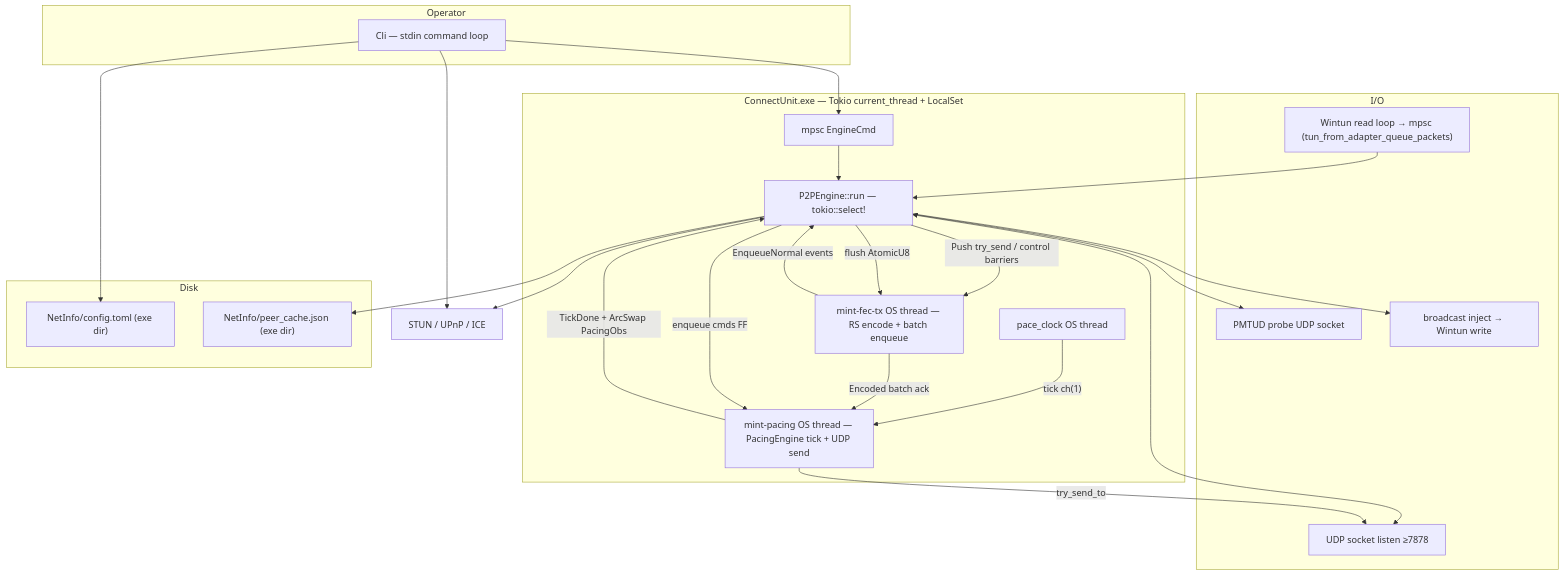
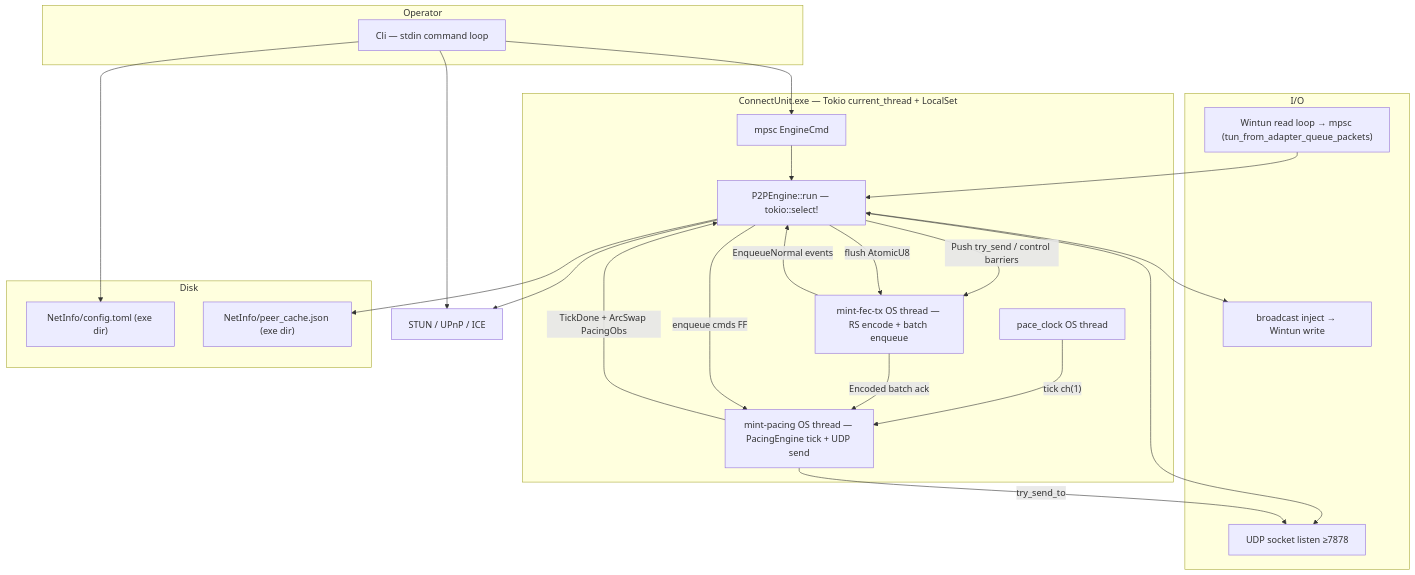
Before and after one commit to 4bit-minteger/Mint-ConnectUnit: the diagram in SPEC.md, drawn with Mermaid. The commit also changed other lines of this file and 27 other files, not shown here.

````diff
--- a/SPEC.md
+++ b/SPEC.md
@@ -44,40 +44,38 @@
 ```mermaid
 flowchart TB
   subgraph user["Operator"]
     CLI["Cli — stdin command loop"]
   end
   subgraph mint["ConnectUnit.exe — Tokio current_thread + LocalSet"]
     CMD["mpsc EngineCmd"]
     ENG["P2PEngine::run — tokio::select!"]
     CLK["pace_clock OS thread"]
     PACW["mint-pacing OS thread — PacingEngine tick + UDP send"]
     FECTX["mint-fec-tx OS thread — RS encode + batch enqueue"]
     CLI --> CMD --> ENG
     CLK -->|"tick ch(1)"| PACW
     ENG -->|"Push try_send / control barriers"| FECTX
     FECTX -->|"Encoded batch ack"| PACW
     FECTX -->|"EnqueueNormal events"| ENG
     ENG -->|"enqueue cmds FF"| PACW
     PACW -->|"TickDone + ArcSwap PacingObs"| ENG
     ENG -->|"flush AtomicU8"| FECTX
   end
   subgraph io["I/O"]
     UDP["UDP socket listen ≥7878"]
-    PROBE["PMTUD probe UDP socket"]
     TUNR["Wintun read loop → mpsc (tun_from_adapter_queue_packets)"]
     TUNI["broadcast inject → Wintun write"]
   end
   subgraph disk["Disk"]
     CFG["NetInfo/config.toml (exe dir)"]
     CACHE["NetInfo/peer_cache.json (exe dir)"]
   end
   ENG <--> UDP
   PACW -->|"try_send_to"| UDP
-  ENG <--> PROBE
   TUNR --> ENG
   ENG --> TUNI
   CLI --> CFG
   ENG --> CACHE
   CLI --> STUN_UPnP["STUN / UPnP / ICE"]
   ENG --> STUN_UPnP
 ```
````
